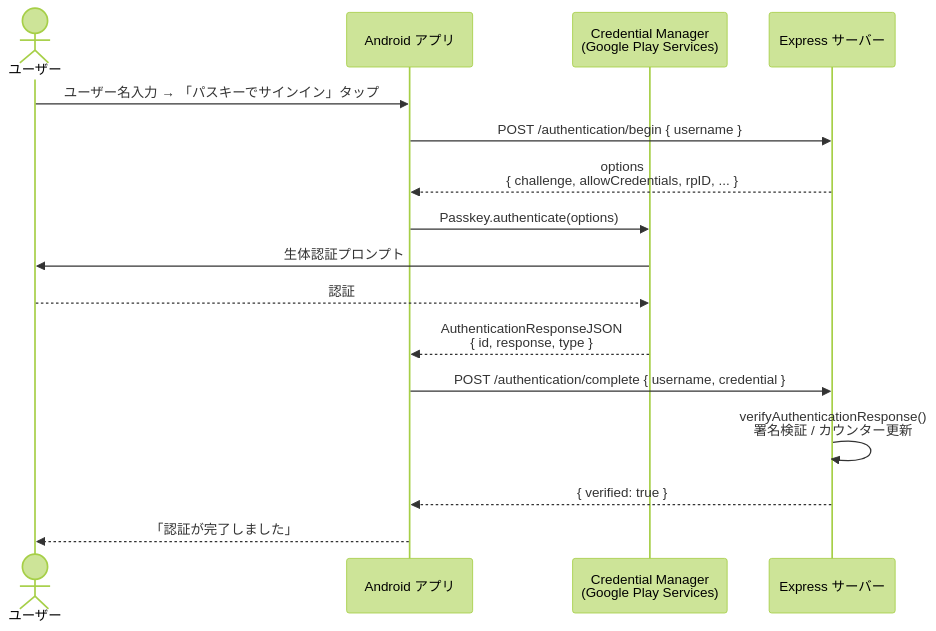
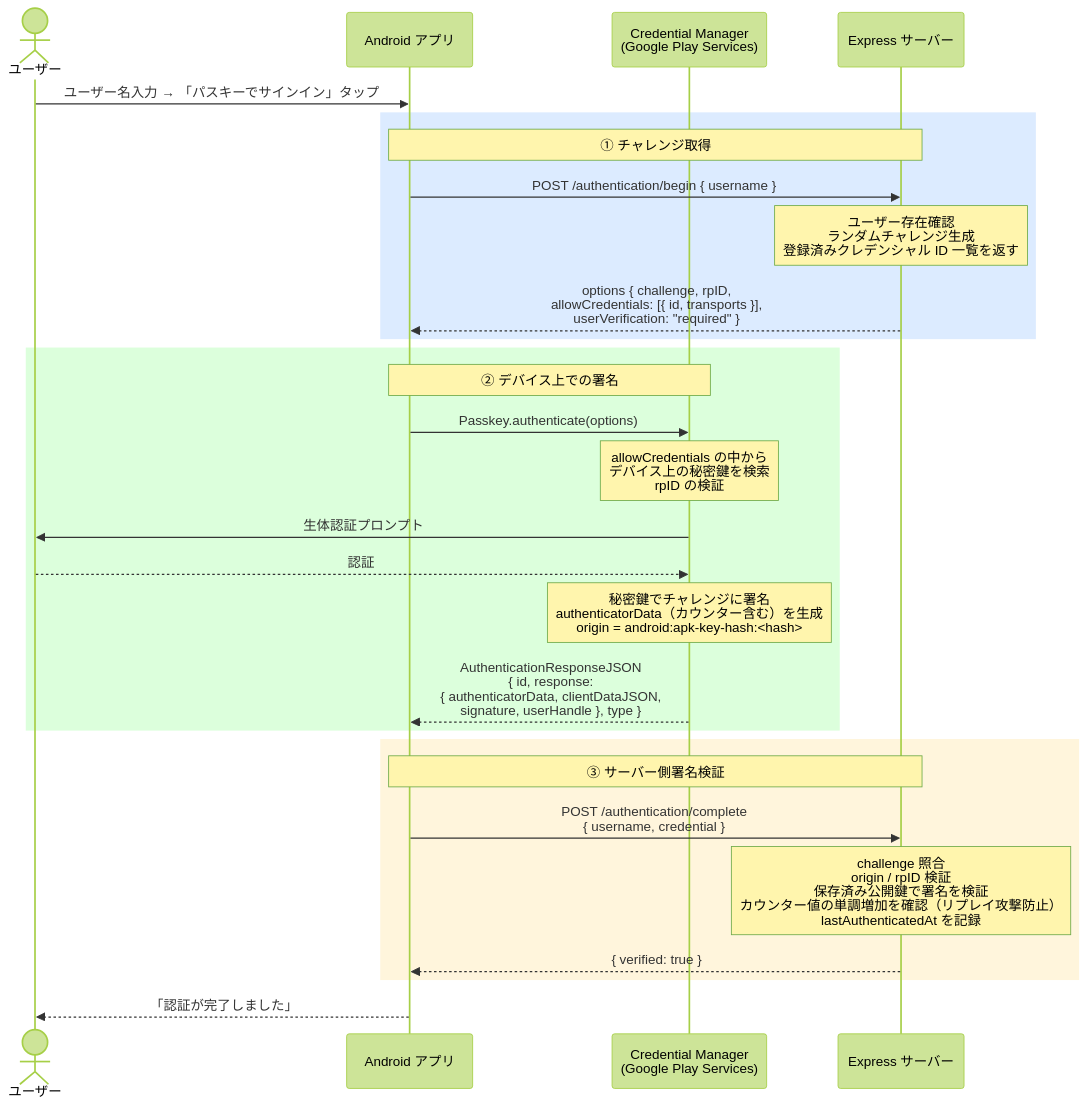
The second of 5 diagrams in README.md (taka1226s/passkey-poc), drawn with Mermaid (forest theme) before and after one commit. The commit also changed other lines of this file, not shown here.

First line of the commit message:
README のシーケンス図に各部位の処理概要を追記

````diff
--- a/README.md
+++ b/README.md
@@ -41,19 +59,35 @@
 ```mermaid
 sequenceDiagram
     actor User as ユーザー
     participant App as Android アプリ
     participant CM as Credential Manager<br/>(Google Play Services)
     participant Server as Express サーバー
 
     User->>App: ユーザー名入力 → 「パスキーでサインイン」タップ
-    App->>Server: POST /authentication/begin { username }
-    Server-->>App: options<br/>{ challenge, allowCredentials, rpID, ... }
-    App->>CM: Passkey.authenticate(options)
-    CM->>User: 生体認証プロンプト
-    User-->>CM: 認証
-    CM-->>App: AuthenticationResponseJSON<br/>{ id, response, type }
-    App->>Server: POST /authentication/complete { username, credential }
-    Server->>Server: verifyAuthenticationResponse()<br/>署名検証 / カウンター更新
-    Server-->>App: { verified: true }
+
+    rect rgb(220, 235, 255)
+        Note over App,Server: ① チャレンジ取得
+        App->>Server: POST /authentication/begin { username }
+        Note over Server: ユーザー存在確認<br/>ランダムチャレンジ生成<br/>登録済みクレデンシャル ID 一覧を返す
+        Server-->>App: options { challenge, rpID,<br/>allowCredentials: [{ id, transports }],<br/>userVerification: "required" }
+    end
+
+    rect rgb(220, 255, 220)
+        Note over App,CM: ② デバイス上での署名
+        App->>CM: Passkey.authenticate(options)
+        Note over CM: allowCredentials の中から<br/>デバイス上の秘密鍵を検索<br/>rpID の検証
+        CM->>User: 生体認証プロンプト
+        User-->>CM: 認証
+        Note over CM: 秘密鍵でチャレンジに署名<br/>authenticatorData（カウンター含む）を生成<br/>origin = android:apk-key-hash:<hash>
+        CM-->>App: AuthenticationResponseJSON<br/>{ id, response:<br/>{ authenticatorData, clientDataJSON,<br/>  signature, userHandle }, type }
+    end
+
+    rect rgb(255, 245, 220)
+        Note over App,Server: ③ サーバー側署名検証
+        App->>Server: POST /authentication/complete<br/>{ username, credential }
+        Note over Server: challenge 照合<br/>origin / rpID 検証<br/>保存済み公開鍵で署名を検証<br/>カウンター値の単調増加を確認（リプレイ攻撃防止）<br/>lastAuthenticatedAt を記録
+        Server-->>App: { verified: true }
+    end
+
     App-->>User: 「認証が完了しました」
 ```
````
